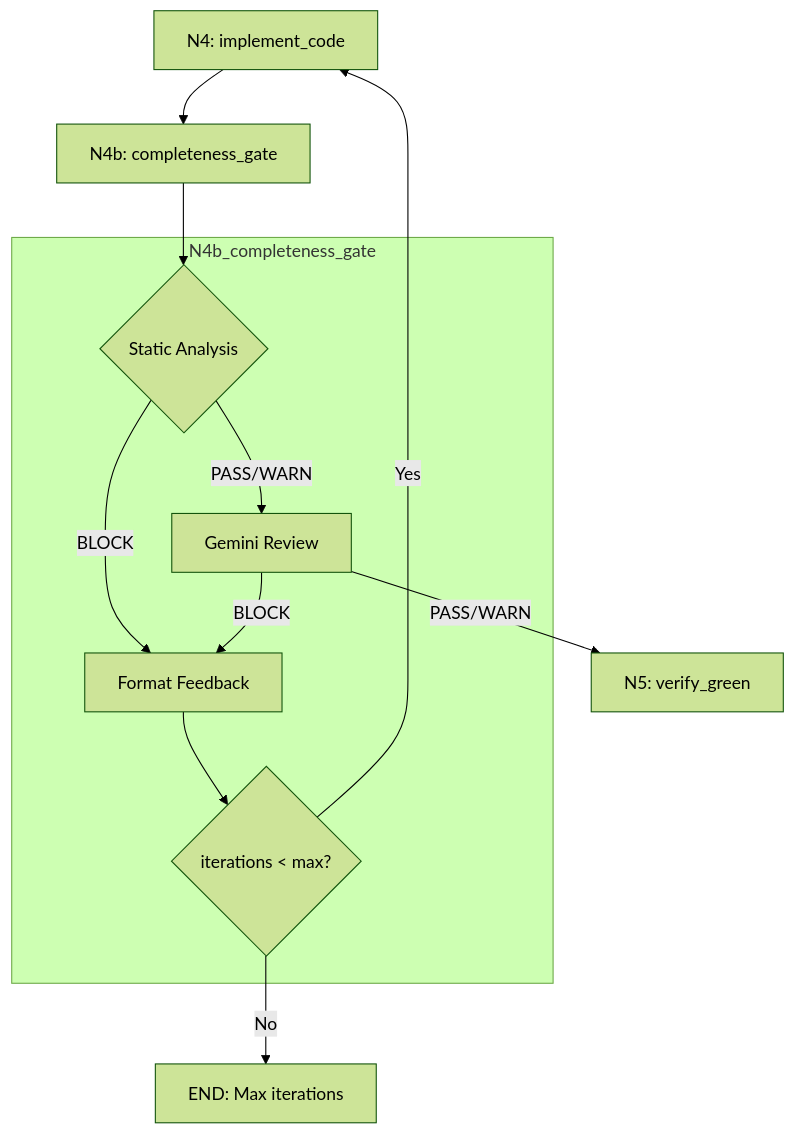
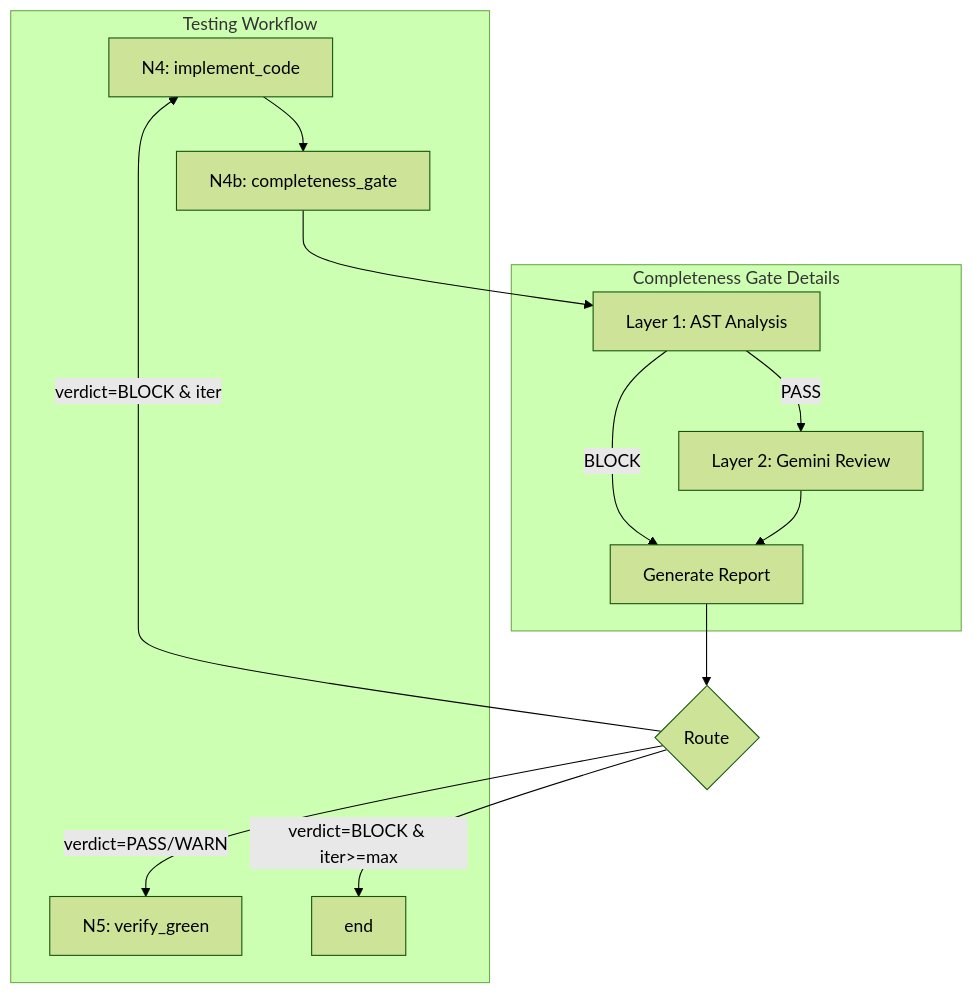
Before and after one commit to martymcenroe/AssemblyZero: the diagram in docs/lineage/active/147-lld/004-draft.md, drawn with Mermaid (forest theme). The commit also changed other lines of this file and 10 other files, not shown here.

````diff
--- a/docs/lineage/active/147-lld/004-draft.md
+++ b/docs/lineage/active/147-lld/004-draft.md
@@ -323,22 +324,26 @@
 ```mermaid
-flowchart TD
-    N4[N4: implement_code] --> N4b[N4b: completeness_gate]
+flowchart TB
+    subgraph Workflow["Testing Workflow"]
+        N4["N4: implement_code"]
+        N4b["N4b: completeness_gate"]
+        N5["N5: verify_green"]
+        END["end"]
+    end
     
-    N4b --> Static{Static Analysis}
-    Static -->|BLOCK| Feedback[Format Feedback]
-    Static -->|PASS/WARN| Gemini[Gemini Review]
+    subgraph N4b_Internal["Completeness Gate Details"]
+        L1["Layer 1: AST Analysis"]
+        L2["Layer 2: Gemini Review"]
+        RPT["Generate Report"]
+    end
     
-    Gemini -->|BLOCK| Feedback
-    Gemini -->|PASS/WARN| N5[N5: verify_green]
+    N4 --> N4b
+    N4b --> L1
+    L1 -->|"BLOCK"| RPT
+    L1 -->|"PASS"| L2
+    L2 --> RPT
+    RPT --> ROUTE{"Route"}
     
-    Feedback --> MaxCheck{iterations < max?}
-    MaxCheck -->|Yes| N4
-    MaxCheck -->|No| End[END: Max iterations]
-    
-    subgraph N4b_completeness_gate
-        Static
-        Gemini
-        Feedback
-        MaxCheck
-    end
+    ROUTE -->|"verdict=BLOCK & iter<max"| N4
+    ROUTE -->|"verdict=BLOCK & iter>=max"| END
+    ROUTE -->|"verdict=PASS/WARN"| N5
 ```
````
